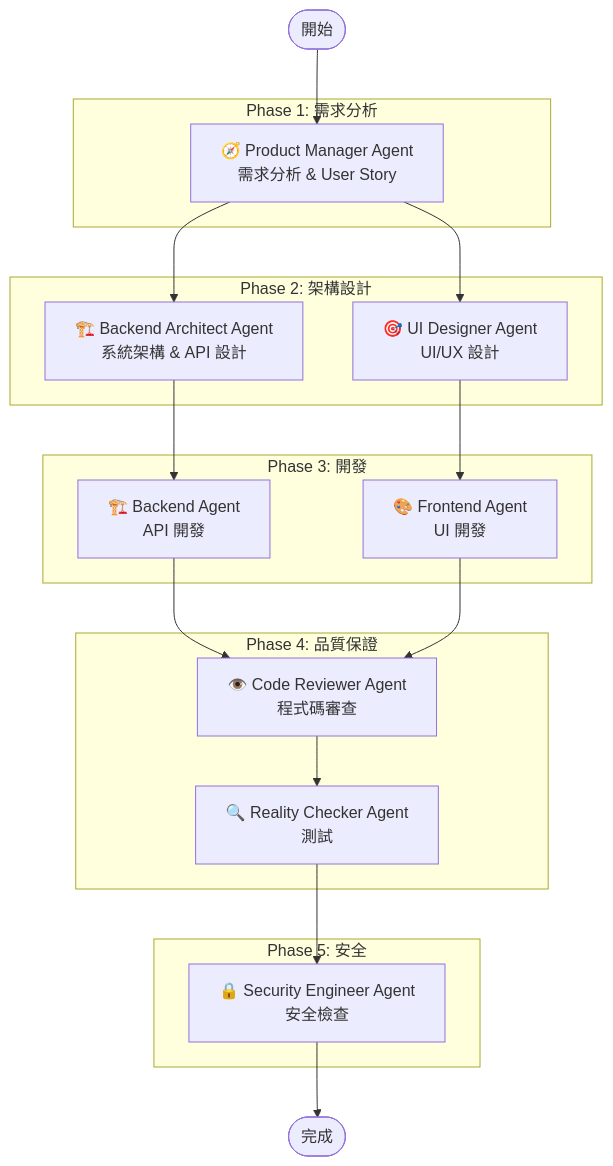
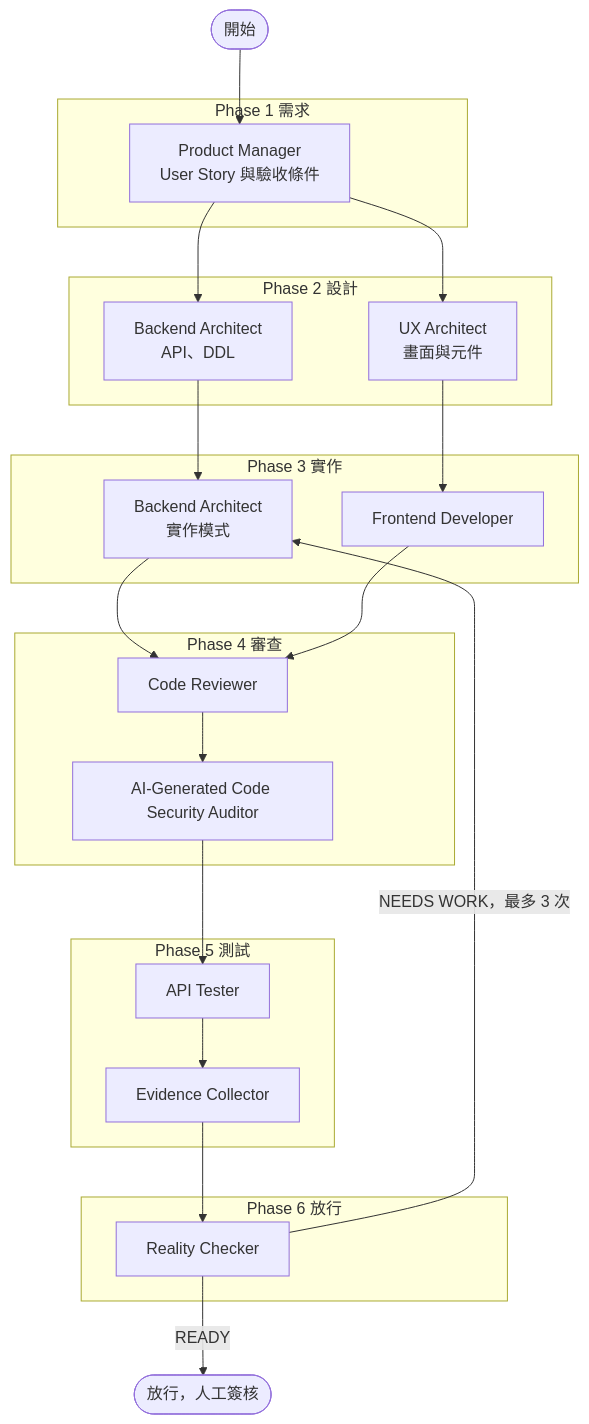
The eighth of 15 diagrams in content/posts/教學/AI開發/agency-agents教學手冊.md (chihhung/Blog), drawn with Mermaid before and after one commit. The commit also changed other lines of this file and 1 other file, not shown here.

````diff
--- a/content/posts/教學/AI開發/agency-agents教學手冊.md
+++ b/content/posts/教學/AI開發/agency-agents教學手冊.md
@@ -1621,35 +2003,33 @@
 ```mermaid
 graph TD
-    START([開始]) --> PM
-
-    subgraph "Phase 1: 需求分析"
-        PM[🧭 Product Manager Agent<br/>需求分析 & User Story]
+    START([開始]) --> P1
+    subgraph PH1["Phase 1 需求"]
+        P1["Product Manager<br/>User Story 與驗收條件"]
     end
-
-    subgraph "Phase 2: 架構設計"
-        ARCH[🏗️ Backend Architect Agent<br/>系統架構 & API 設計]
-        UIUX[🎯 UI Designer Agent<br/>UI/UX 設計]
+    subgraph PH2["Phase 2 設計"]
+        A1["Backend Architect<br/>API、DDL"]
+        A2["UX Architect<br/>畫面與元件"]
     end
-
-    subgraph "Phase 3: 開發"
-        BE[🏗️ Backend Agent<br/>API 開發]
-        FE[🎨 Frontend Agent<br/>UI 開發]
+    subgraph PH3["Phase 3 實作"]
+        B1["Backend Architect<br/>實作模式"]
+        F1["Frontend Developer"]
     end
-
-    subgraph "Phase 4: 品質保證"
-        CR[👁️ Code Reviewer Agent<br/>程式碼審查]
-        QA[🔍 Reality Checker Agent<br/>測試]
+    subgraph PH4["Phase 4 審查"]
+        CR["Code Reviewer"]
+        AI["AI-Generated Code Security Auditor"]
     end
-
-    subgraph "Phase 5: 安全"
-        SEC[🔒 Security Engineer Agent<br/>安全檢查]
+    subgraph PH5["Phase 5 測試"]
+        AT["API Tester"]
+        EC["Evidence Collector"]
     end
-
-    PM --> ARCH & UIUX
-    ARCH --> BE
-    UIUX --> FE
-    BE & FE --> CR
-    CR --> QA
-    QA --> SEC
-    SEC --> DONE([完成])
+    subgraph PH6["Phase 6 放行"]
+        RC["Reality Checker"]
+    end
+    P1 --> A1 & A2
+    A1 --> B1
+    A2 --> F1
+    B1 & F1 --> CR --> AI
+    AI --> AT --> EC --> RC
+    RC -->|NEEDS WORK，最多 3 次| B1
+    RC -->|READY| DONE([放行，人工簽核])
 ```
````
